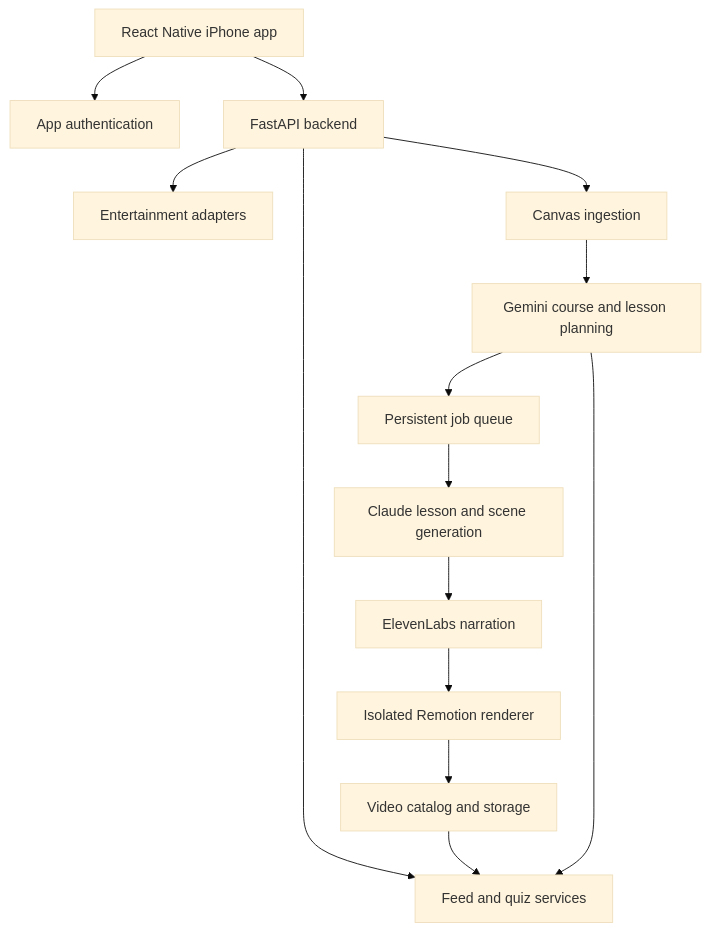
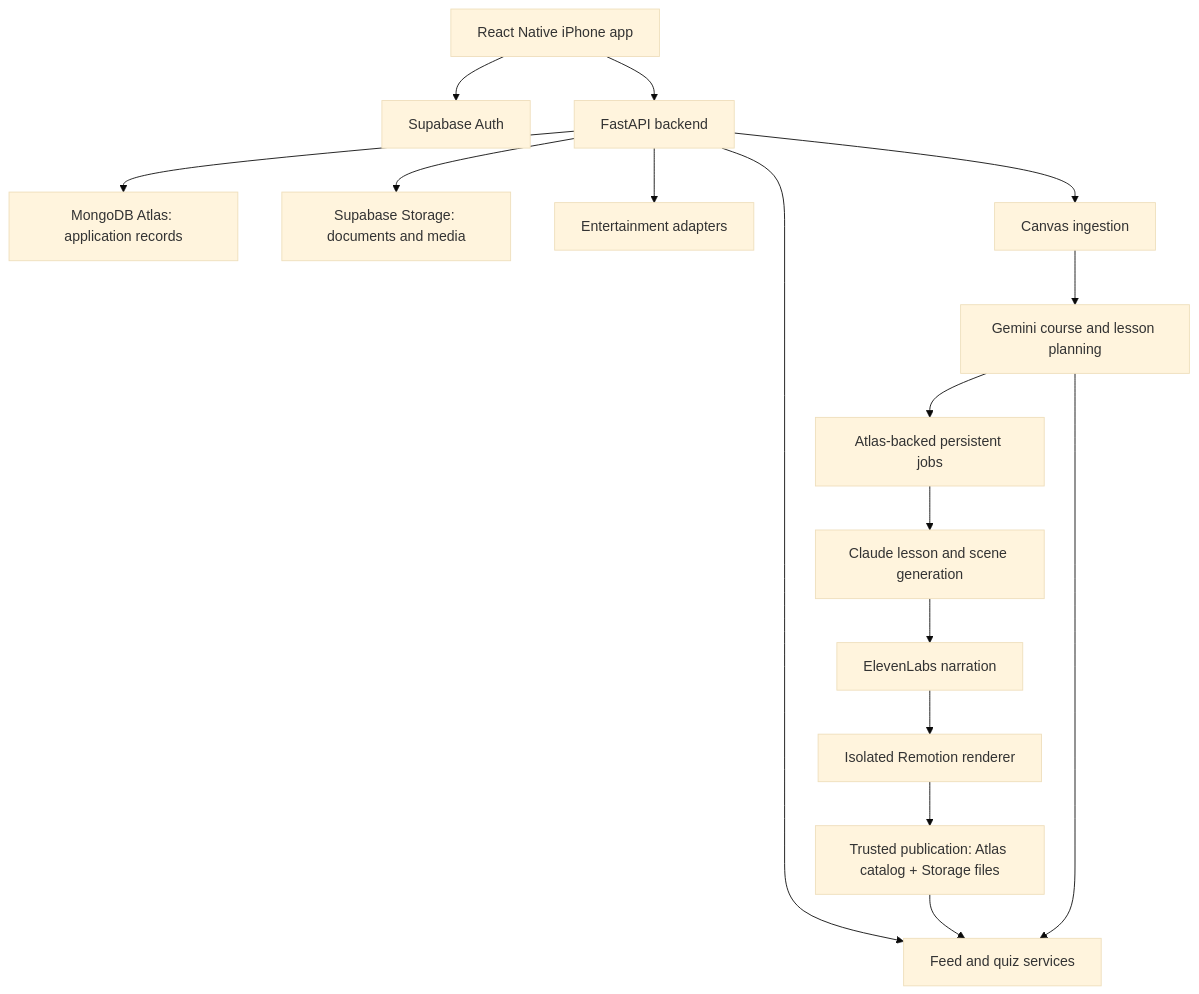
One commit to agastyasandhuja/declic changed the diagram in docs/PROJECT.md. Above: the diagram before and after it, drawn with Mermaid (base theme). The commit also changed other lines of this file and 9 other files, not shown here.

Commit message:
docs: adopt MongoDB Atlas for application data

````diff
--- a/docs/PROJECT.md
+++ b/docs/PROJECT.md
@@ -73,16 +77,18 @@
 ```mermaid
 flowchart TD
-    Phone["React Native iPhone app"] --> Auth["App authentication"]
+    Phone["React Native iPhone app"] --> Auth["Supabase Auth"]
     Phone --> API["FastAPI backend"]
+    API --> Database["MongoDB Atlas: application records"]
+    API --> Storage["Supabase Storage: documents and media"]
     API --> Entertainment["Entertainment adapters"]
     API --> Learning["Feed and quiz services"]
     API --> Canvas["Canvas ingestion"]
     Canvas --> Gemini["Gemini course and lesson planning"]
-    Gemini --> Jobs["Persistent job queue"]
+    Gemini --> Jobs["Atlas-backed persistent jobs"]
     Jobs --> Claude["Claude lesson and scene generation"]
     Claude --> Voice["ElevenLabs narration"]
     Voice --> Render["Isolated Remotion renderer"]
-    Render --> Catalog["Video catalog and storage"]
+    Render --> Catalog["Trusted publication: Atlas catalog + Storage files"]
     Catalog --> Learning
     Gemini --> Learning
 ```
````
